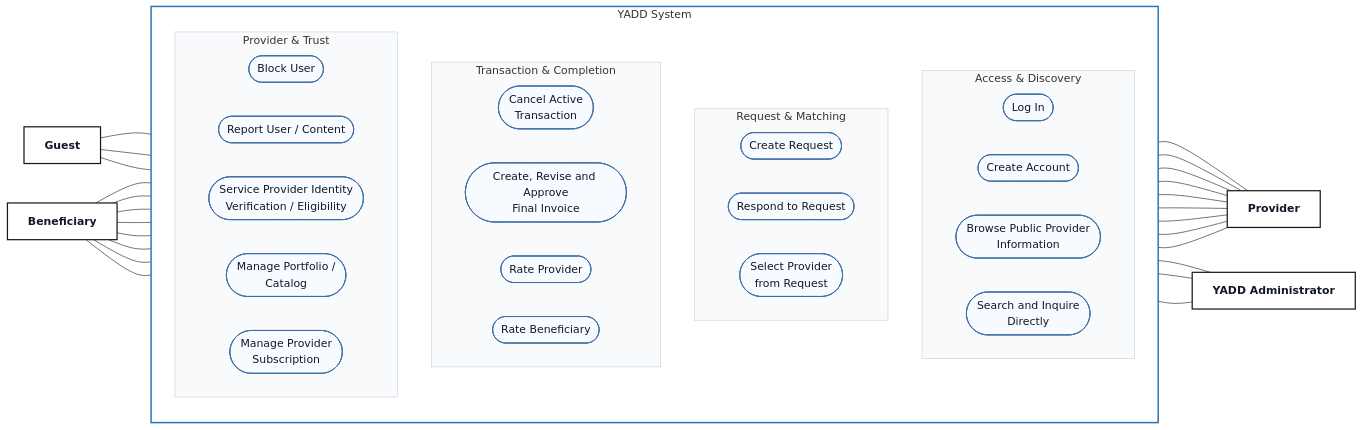
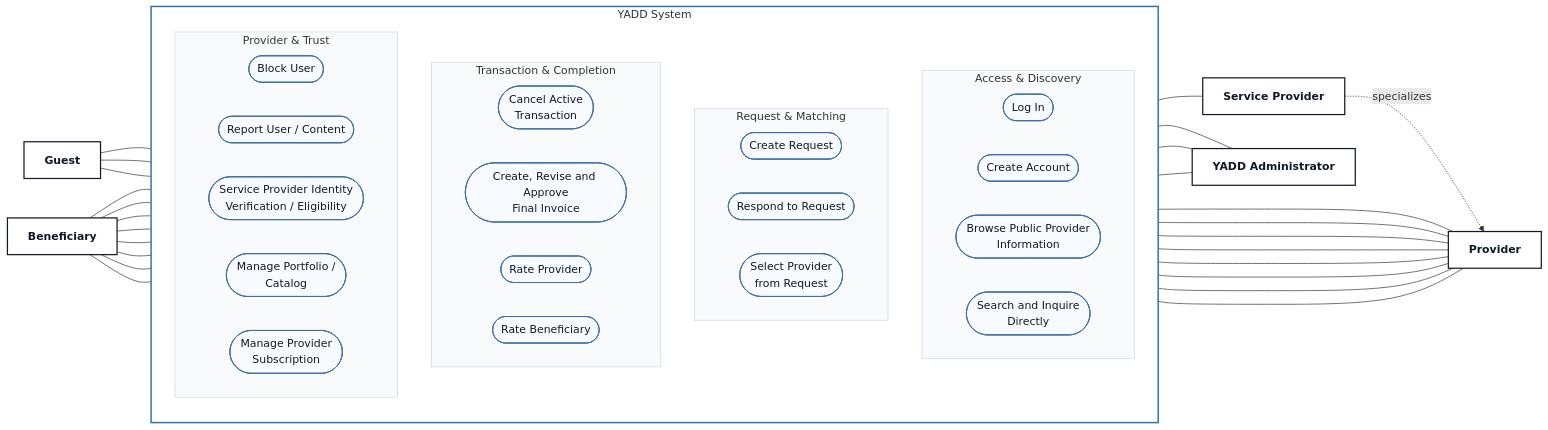
One commit to Yadd-SanaaUniversityGraduationProject/yadd changed the diagram in diagrams/03-analysis/uml/use-case/00-main-overview.md. Above: the diagram before and after it, drawn with Mermaid. The commit also changed other lines of this file, not shown here.

Commit message:
uml: make service-provider verification explicit in main overview

````diff
--- a/diagrams/03-analysis/uml/use-case/00-main-overview.md
+++ b/diagrams/03-analysis/uml/use-case/00-main-overview.md
@@ -16,80 +16,82 @@
 ```mermaid
 flowchart LR
     G["Guest"]:::actor
     B["Beneficiary"]:::actor
 
     subgraph SYS["YADD System"]
         direction TB
 
         subgraph ACCESS["Access & Discovery"]
             direction LR
             LOGIN(["Log In"]):::usecase
             REGISTER(["Create Account"]):::usecase
             UC00(["Browse Public Provider<br/>Information"]):::usecase
             UC01(["Search and Inquire<br/>Directly"]):::usecase
         end
 
         subgraph REQUESTS["Request & Matching"]
             direction LR
             UC02(["Create Request"]):::usecase
             UC03(["Respond to Request"]):::usecase
             UC04(["Select Provider<br/>from Request"]):::usecase
         end
 
         subgraph TRANSACTIONS["Transaction & Completion"]
             direction LR
             UC05(["Cancel Active<br/>Transaction"]):::usecase
             UC06(["Create, Revise and Approve<br/>Final Invoice"]):::usecase
             UC07(["Rate Provider"]):::usecase
             UC07B(["Rate Beneficiary"]):::usecase
         end
 
         subgraph TRUST["Provider & Trust"]
             direction LR
             BLOCK(["Block User"]):::usecase
             REPORT(["Report User / Content"]):::usecase
             UC09(["Service Provider Identity<br/>Verification / Eligibility"]):::usecase
             UC10(["Manage Portfolio /<br/>Catalog"]):::usecase
             SUB(["Manage Provider<br/>Subscription"]):::usecase
         end
     end
 
     P["Provider"]:::actor
+    SP["Service Provider"]:::actor
     A["YADD Administrator"]:::actor
 
     G --- LOGIN
     G --- REGISTER
     G --- UC00
 
     B --- UC01
     B --- UC02
     B --- UC04
     B --- UC05
     B --- UC06
     B --- UC07
     B --- BLOCK
     B --- REPORT
 
     UC01 --- P
     UC03 --- P
     UC05 --- P
     UC06 --- P
     UC07B --- P
     BLOCK --- P
     REPORT --- P
-    UC09 --- P
+    SP -. specializes .-> P
+    UC09 --- SP
     UC10 --- P
 
     REPORT --- A
     UC09 --- A
     SUB --- A
 
     classDef actor fill:#FFFFFF,stroke:#111827,stroke-width:1.8px,color:#111827,font-weight:bold;
     classDef usecase fill:#F7FBFF,stroke:#3F6FA5,stroke-width:1.4px,color:#111827;
 
     style SYS fill:#FFFFFF,stroke:#2F75B5,stroke-width:2.2px
     style ACCESS fill:#F9FAFB,stroke:#CBD5E1,stroke-width:1px
     style REQUESTS fill:#F9FAFB,stroke:#CBD5E1,stroke-width:1px
     style TRANSACTIONS fill:#F9FAFB,stroke:#CBD5E1,stroke-width:1px
     style TRUST fill:#F9FAFB,stroke:#CBD5E1,stroke-width:1px
 ```
````
